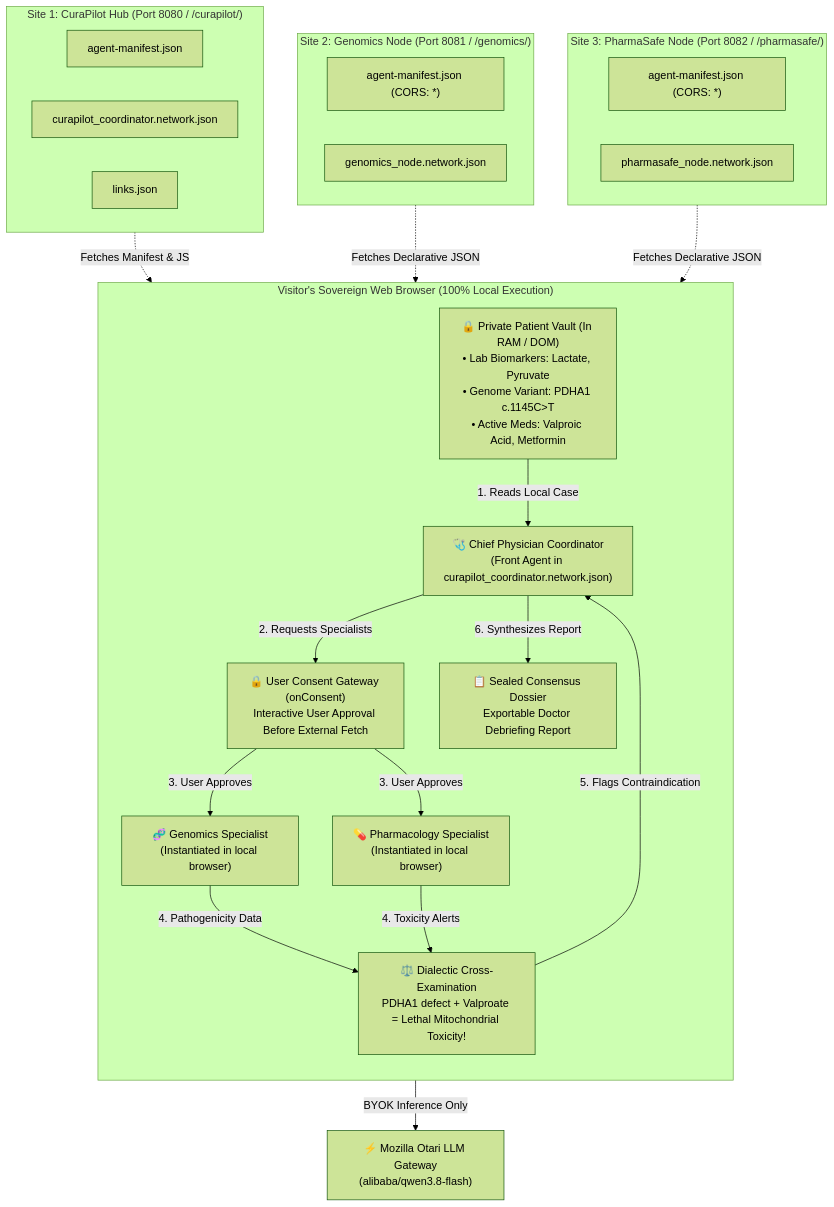
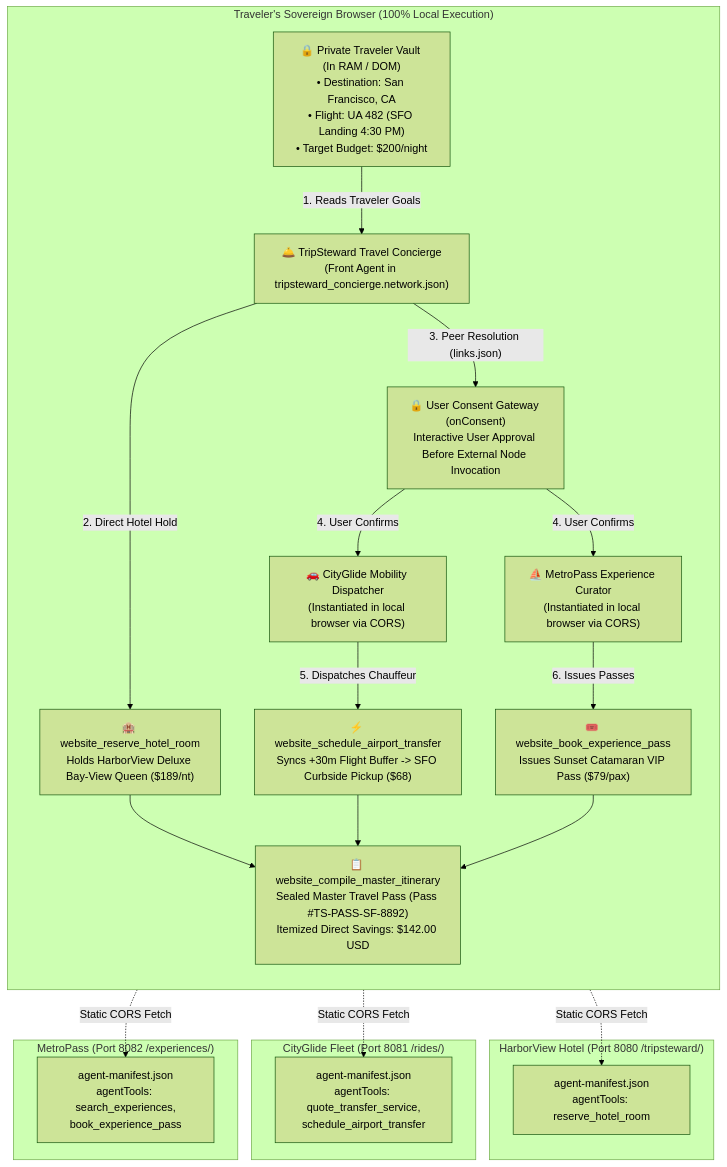
The diagram in README.md (Elroi-thecreator/curapilot-medical-consensus), drawn with Mermaid (forest theme) before and after one commit. The commit also changed other lines of this file and 172 other files, not shown here.

Commit message:
feat: complete TripSteward federated travel concierge suite conforming to Open Agentic Web MVP 0.3

````diff
--- a/README.md
+++ b/README.md
@@ -39,48 +55,47 @@
 ```mermaid
 flowchart TD
-    subgraph ClientBrowser["Visitor's Sovereign Web Browser (100% Local Execution)"]
+    subgraph ClientBrowser["Traveler's Sovereign Browser (100% Local Execution)"]
         direction TB
-        VAULT["🔒 Private Patient Vault (In RAM / DOM)\n• Lab Biomarkers: Lactate, Pyruvate\n• Genome Variant: PDHA1 c.1145C>T\n• Active Meds: Valproic Acid, Metformin"]
+        VAULT["🔒 Private Traveler Vault (In RAM / DOM)\n• Destination: San Francisco, CA\n• Flight: UA 482 (SFO Landing 4:30 PM)\n• Target Budget: $200/night"]
         
-        CP["🩺 Chief Physician Coordinator\n(Front Agent in curapilot_coordinator.network.json)"]
+        CONCIERGE["🛎️ TripSteward Travel Concierge\n(Front Agent in tripsteward_concierge.network.json)"]
         
-        CONSENT["🔒 User Consent Gateway (onConsent)\nInteractive User Approval Before External Fetch"]
+        CONSENT["🔒 User Consent Gateway (onConsent)\nInteractive User Approval Before External Node Invocation"]
         
-        PEER1["🧬 Genomics Specialist\n(Instantiated in local browser)"]
-        PEER2["💊 Pharmacology Specialist\n(Instantiated in local browser)"]
+        RIDE_AGENT["🚗 CityGlide Mobility Dispatcher\n(Instantiated in local browser via CORS)"]
+        EXP_AGENT["⛵ MetroPass Experience Curator\n(Instantiated in local browser via CORS)"]
         
-        DEBATE["⚖️ Dialectic Cross-Examination\nPDHA1 defect + Valproate = Lethal Mitochondrial Toxicity!"]
-        DOSSIER["📋 Sealed Consensus Dossier\nExportable Doctor Debriefing Report"]
+        ACTION_HOTEL["🏨 website_reserve_hotel_room\nHolds HarborView Deluxe Bay-View Queen ($189/nt)"]
+        ACTION_RIDE["⚡ website_schedule_airport_transfer\nSyncs +30m Flight Buffer -> SFO Curbside Pickup ($68)"]
+        ACTION_PASS["🎟️ website_book_experience_pass\nIssues Sunset Catamaran VIP Pass ($79/pax)"]
+        
+        MASTER_PASS["📋 website_compile_master_itinerary\nSealed Master Travel Pass (Pass #TS-PASS-SF-8892)\nItemized Direct Savings: $142.00 USD"]
 
-        VAULT -->|"1. Reads Local Case"| CP
-        CP -->|"2. Requests Specialists"| CONSENT
-        CONSENT -->|"3. User Approves"| PEER1
-        CONSENT -->|"3. User Approves"| PEER2
-        PEER1 -->|"4. Pathogenicity Data"| DEBATE
-        PEER2 -->|"4. Toxicity Alerts"| DEBATE
-        DEBATE -->|"5. Flags Contraindication"| CP
-        CP -->|"6. Synthesizes Report"| DOSSIER
+        VAULT -->|"1. Reads Traveler Goals"| CONCIERGE
+        CONCIERGE -->|"2. Direct Hotel Hold"| ACTION_HOTEL
+        CONCIERGE -->|"3. Peer Resolution (links.json)"| CONSENT
+        CONSENT -->|"4. User Confirms"| RIDE_AGENT
+        CONSENT -->|"4. User Confirms"| EXP_AGENT
+        RIDE_AGENT -->|"5. Dispatches Chauffeur"| ACTION_RIDE
+        EXP_AGENT -->|"6. Issues Passes"| ACTION_PASS
+        ACTION_HOTEL --> MASTER_PASS
+        ACTION_RIDE --> MASTER_PASS
+        ACTION_PASS --> MASTER_PASS
     end
 
-    subgraph HostA["Site 1: CuraPilot Hub (Port 8080 / /curapilot/)"]
-        M1["agent-manifest.json"]
-        N1["curapilot_coordinator.network.json"]
-        L1["links.json"]
+    subgraph Node1["HarborView Hotel (Port 8080 /tripsteward/)"]
+        M1["agent-manifest.json\nagentTools: reserve_hotel_room"]
     end
 
-    subgraph HostB["Site 2: Genomics Node (Port 8081 / /genomics/)"]
-        M2["agent-manifest.json (CORS: *)"]
-        N2["genomics_node.network.json"]
+    subgraph Node2["CityGlide Fleet (Port 8081 /rides/)"]
+        M2["agent-manifest.json\nagentTools: quote_transfer_service,\nschedule_airport_transfer"]
     end
 
-    subgraph HostC["Site 3: PharmaSafe Node (Port 8082 / /pharmasafe/)"]
-        M3["agent-manifest.json (CORS: *)"]
-        N3["pharmasafe_node.network.json"]
+    subgraph Node3["MetroPass (Port 8082 /experiences/)"]
+        M3["agent-manifest.json\nagentTools: search_experiences,\nbook_experience_pass"]
     end
 
-    HostA -.->|"Fetches Manifest & JS"| ClientBrowser
-    HostB -.->|"Fetches Declarative JSON"| ClientBrowser
-    HostC -.->|"Fetches Declarative JSON"| ClientBrowser
-    
-    ClientBrowser -->|"BYOK Inference Only"| OTARI["⚡ Mozilla Otari LLM Gateway\n(alibaba/qwen3.8-flash)"]
+    CONCIERGE -.->|"Static CORS Fetch"| M1
+    RIDE_AGENT -.->|"Static CORS Fetch"| M2
+    EXP_AGENT -.->|"Static CORS Fetch"| M3
 ```
````
